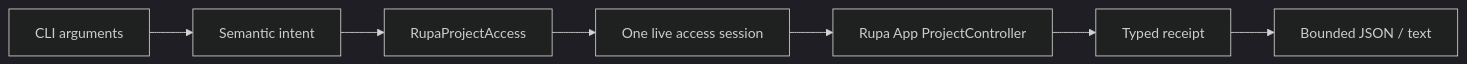
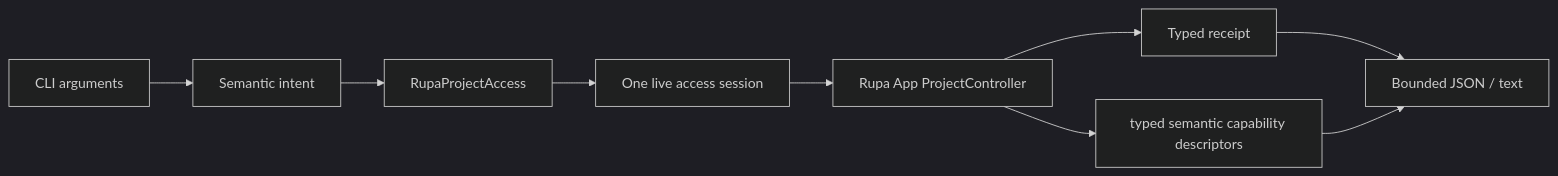
Before and after one commit to 1amageek/Rupa: the first of 2 diagrams in RupaKit/Sources/RupaCLIKit/DESIGN.md, drawn with Mermaid (dark theme). The commit also changed other lines of this file and 28 other files, not shown here.

Commit message:
Expose typed semantic operation discovery

````diff
--- a/RupaKit/Sources/RupaCLIKit/DESIGN.md
+++ b/RupaKit/Sources/RupaCLIKit/DESIGN.md
@@ -34,9 +34,11 @@
 ```mermaid
 flowchart LR
     Args["CLI arguments"] --> Intent["Semantic intent"]
     Intent --> Access["RupaProjectAccess"]
     Access --> Session["One live access session"]
     Session --> App["Rupa App ProjectController"]
     App --> Result["Typed receipt"]
     Result --> Output["Bounded JSON / text"]
+    App --> Discovery["typed semantic capability descriptors"]
+    Discovery --> Output
 ```
````
